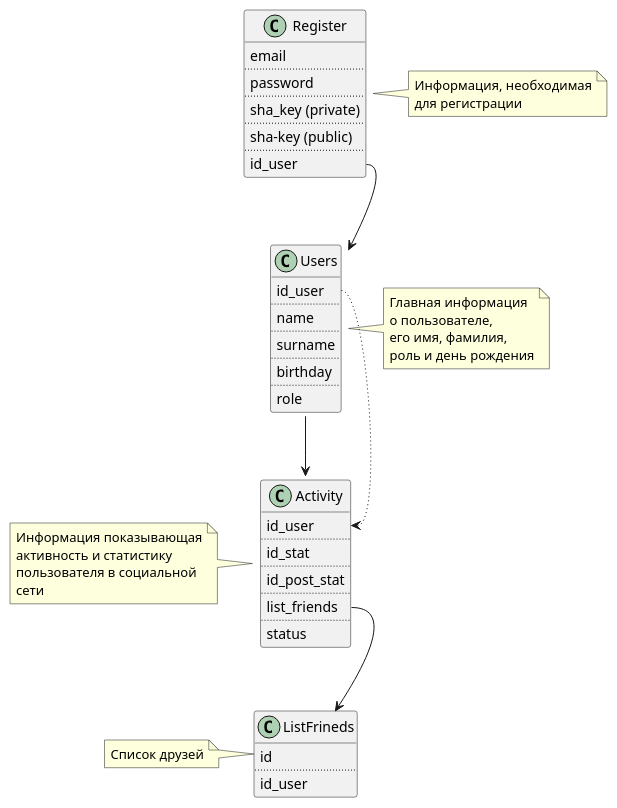
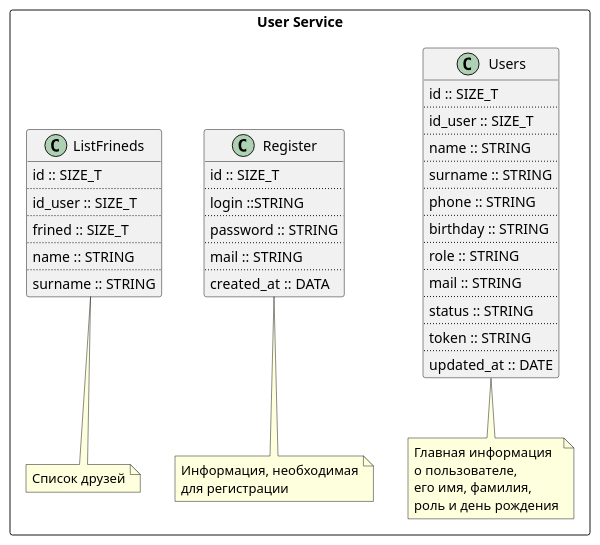
One commit to KatrinaVl/COA changed the diagram in docs/UserService/UserService.puml. Above: the diagram before and after it, drawn with PlantUML. The commit also changed 1311 other files, not shown here.

```diff
--- a/docs/UserService/UserService.puml
+++ b/docs/UserService/UserService.puml
@@ -1,75 +1,73 @@
 @startuml
+package "User Service" <<Rectangle>> {
+    
+
 class Users {
-    id_user
+    id :: SIZE_T
     ..
-    name
+    id_user :: SIZE_T
     ..
-    surname 
+    name :: STRING
     ..
-    birthday
+    surname :: STRING
     ..
-    role 
+    phone :: STRING
+    ..
+    birthday :: STRING
+    ..
+    role :: STRING
+    ..
+    mail :: STRING
+    ..
+    status :: STRING
+    ..
+    token :: STRING
+    ..
+    updated_at :: DATE
 }
 
-note right of Users
+note bottom of Users
 Главная информация 
 о пользователе, 
 его имя, фамилия, 
 роль и день рождения
 end note
 
 
 class Register {
-    email
+    id :: SIZE_T
     ..
-    password
+    login ::STRING
     ..
-    sha_key (private)
+    password :: STRING
     ..
-    sha-key (public)
+    mail :: STRING
     ..
-    id_user
+    created_at :: DATA
 }
 
-note right of Register
+note bottom of Register
 Информация, необходимая
 для регистрации
 end note
 
-class Activity {
-    id_user
+
+class ListFrineds {
+    id :: SIZE_T
     ..
-    id_stat 
+    id_user :: SIZE_T
     ..
-    id_post_stat
+    frined :: SIZE_T
     ..
-    list_friends
+    name :: STRING
     ..
-    status
+    surname :: STRING
 }
 
-note left of Activity
-Информация показывающая
-активность и статистику
-пользователя в социальной
-сети
-end note
-
-class ListFrineds {
-    id
-    ..
-    id_user
-}
-
-note left of ListFrineds
+note bottom of ListFrineds
 Список друзей
 end note
 
-Register::id_user --> Users
-
-Users --> Activity
-Users::id_user --> Activity::id_user  #line.dotted;
-
-Activity::list_friends --> ListFrineds
+}
 
 @enduml
```
